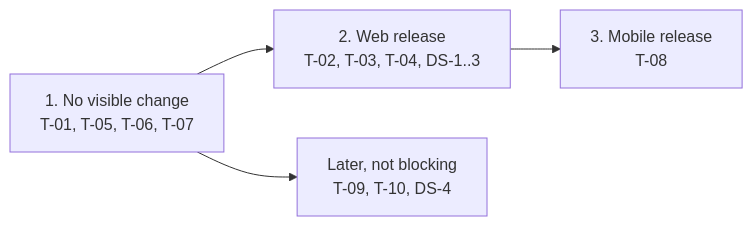
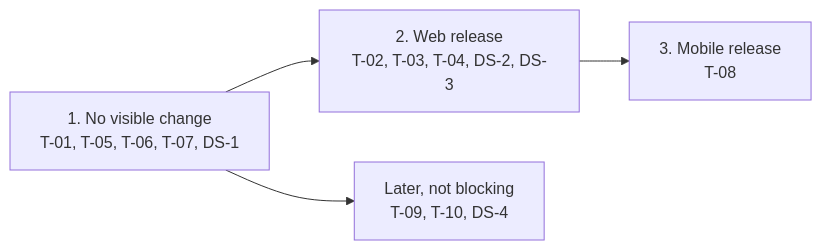
Before and after one commit to linagora/tmail-flutter: the second of 2 diagrams in docs/adr/0114-delegated-mailbox-access.md, drawn with Mermaid.

Commit message:
fixup! docs(adr): add ADR-0114 for using the mailboxes delegated to me

````diff
--- a/docs/adr/0114-delegated-mailbox-access.md
+++ b/docs/adr/0114-delegated-mailbox-access.md
@@ -138,5 +138,5 @@
 ```mermaid
 flowchart LR
-  S1["1. No visible change<br/>T-01, T-05, T-06, T-07"] --> S2["2. Web release<br/>T-02, T-03, T-04, DS-1..3"] --> S3["3. Mobile release<br/>T-08"]
+  S1["1. No visible change<br/>T-01, T-05, T-06, T-07, DS-1"] --> S2["2. Web release<br/>T-02, T-03, T-04, DS-2, DS-3"] --> S3["3. Mobile release<br/>T-08"]
   S1 --> S4["Later, not blocking<br/>T-09, T-10, DS-4"]
 ```
````
